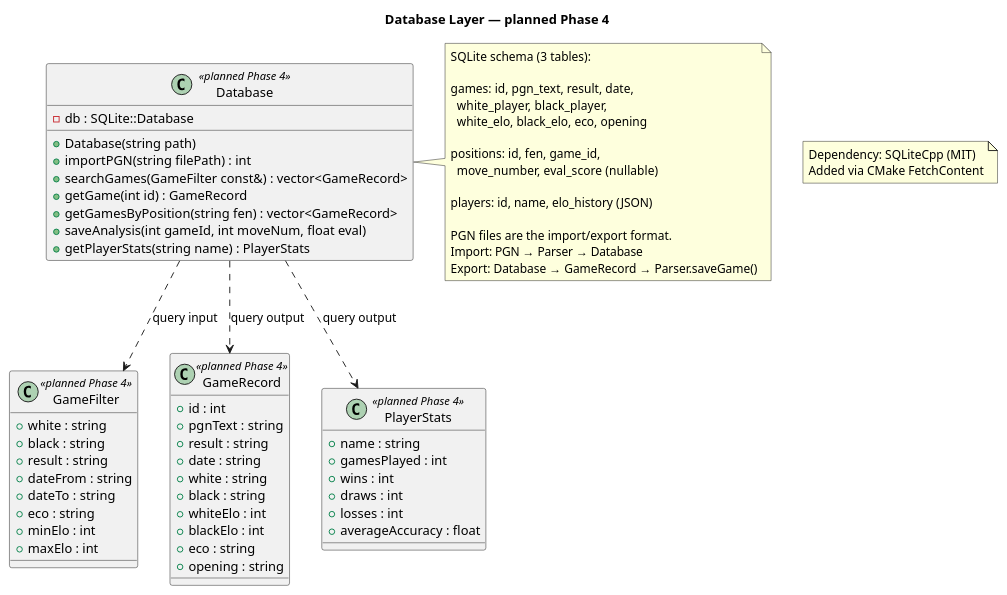
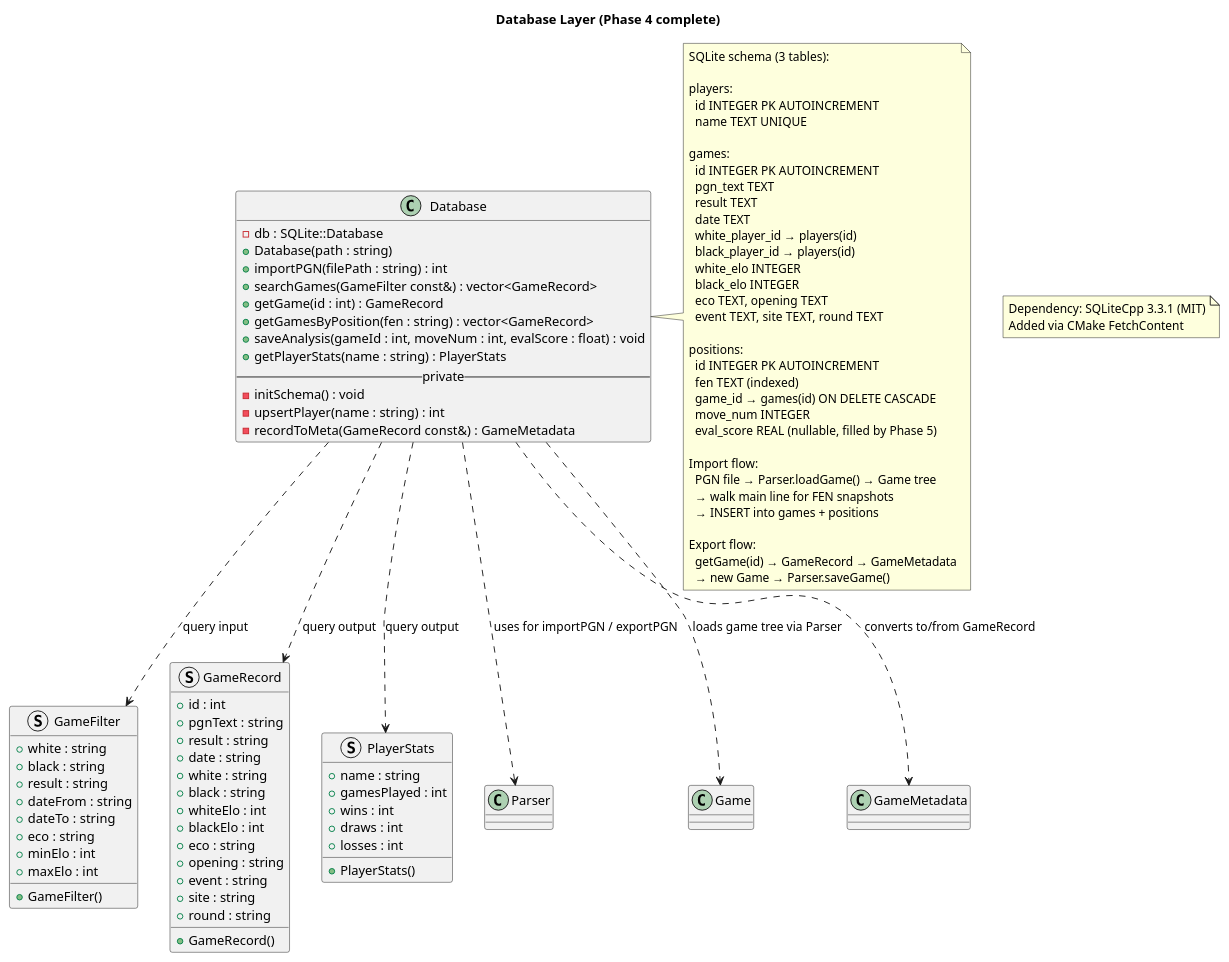
Before and after one commit to Theodore-Bardy/chess-core: the diagram in docs/uml/04_database.puml, drawn with PlantUML. The commit also changed 6 other files, not shown here.

First line of the commit message:
feat(database): add SQLite database layer with game import, search, and position lookup

```diff
--- a/docs/uml/04_database.puml
+++ b/docs/uml/04_database.puml
@@ -1,75 +1,115 @@
 @startuml database
 
-title Database Layer — planned Phase 4
+title Database Layer (Phase 4 complete)
 
 note as Dep
-  Dependency: SQLiteCpp (MIT)
+  Dependency: SQLiteCpp 3.3.1 (MIT)
   Added via CMake FetchContent
 end note
 
-class Database <<planned Phase 4>> {
+class Database {
     - db : SQLite::Database
-    + Database(string path)
-    + importPGN(string filePath) : int
+    + Database(path : string)
+    + importPGN(filePath : string) : int
     + searchGames(GameFilter const&) : vector<GameRecord>
-    + getGame(int id) : GameRecord
-    + getGamesByPosition(string fen) : vector<GameRecord>
-    + saveAnalysis(int gameId, int moveNum, float eval)
-    + getPlayerStats(string name) : PlayerStats
+    + getGame(id : int) : GameRecord
+    + getGamesByPosition(fen : string) : vector<GameRecord>
+    + saveAnalysis(gameId : int, moveNum : int, evalScore : float) : void
+    + getPlayerStats(name : string) : PlayerStats
+    -- private --
+    - initSchema() : void
+    - upsertPlayer(name : string) : int
+    - recordToMeta(GameRecord const&) : GameMetadata
 }
 
-class GameFilter <<planned Phase 4>> {
+struct GameFilter {
     + white : string
     + black : string
     + result : string
     + dateFrom : string
     + dateTo : string
     + eco : string
     + minElo : int
     + maxElo : int
+    + GameFilter()
 }
 
-class GameRecord <<planned Phase 4>> {
+struct GameRecord {
     + id : int
     + pgnText : string
     + result : string
     + date : string
     + white : string
     + black : string
     + whiteElo : int
     + blackElo : int
     + eco : string
     + opening : string
+    + event : string
+    + site : string
+    + round : string
+    + GameRecord()
 }
 
-class PlayerStats <<planned Phase 4>> {
+struct PlayerStats {
     + name : string
     + gamesPlayed : int
     + wins : int
     + draws : int
     + losses : int
-    + averageAccuracy : float
+    + PlayerStats()
 }
 
-Database ..> GameFilter : query input
-Database ..> GameRecord : query output
-Database ..> PlayerStats : query output
+class Parser {
+}
+
+class Game {
+}
+
+class GameMetadata {
+}
+
+Database ..> GameFilter   : query input
+Database ..> GameRecord   : query output
+Database ..> PlayerStats  : query output
+Database ..> Parser       : uses for importPGN / exportPGN
+Database ..> Game         : loads game tree via Parser
+Database ..> GameMetadata : converts to/from GameRecord
 
 note right of Database
   SQLite schema (3 tables):
 
-  games: id, pgn_text, result, date,
-    white_player, black_player,
-    white_elo, black_elo, eco, opening
+  players:
+    id INTEGER PK AUTOINCREMENT
+    name TEXT UNIQUE
 
-  positions: id, fen, game_id,
-    move_number, eval_score (nullable)
+  games:
+    id INTEGER PK AUTOINCREMENT
+    pgn_text TEXT
+    result TEXT
+    date TEXT
+    white_player_id → players(id)
+    black_player_id → players(id)
+    white_elo INTEGER
+    black_elo INTEGER
+    eco TEXT, opening TEXT
+    event TEXT, site TEXT, round TEXT
 
-  players: id, name, elo_history (JSON)
+  positions:
+    id INTEGER PK AUTOINCREMENT
+    fen TEXT (indexed)
+    game_id → games(id) ON DELETE CASCADE
+    move_num INTEGER
+    eval_score REAL (nullable, filled by Phase 5)
 
-  PGN files are the import/export format.
-  Import: PGN → Parser → Database
-  Export: Database → GameRecord → Parser.saveGame()
+  Import flow:
+    PGN file → Parser.loadGame() → Game tree
+    → walk main line for FEN snapshots
+    → INSERT into games + positions
+
+  Export flow:
+    getGame(id) → GameRecord → GameMetadata
+    → new Game → Parser.saveGame()
 end note
 
 @enduml
```
